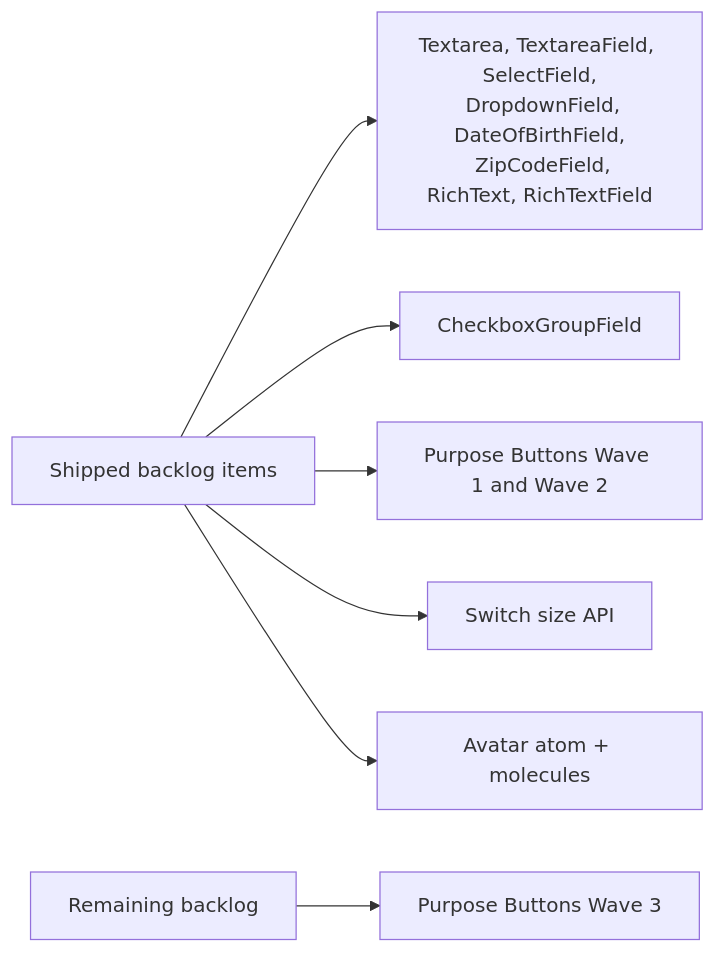
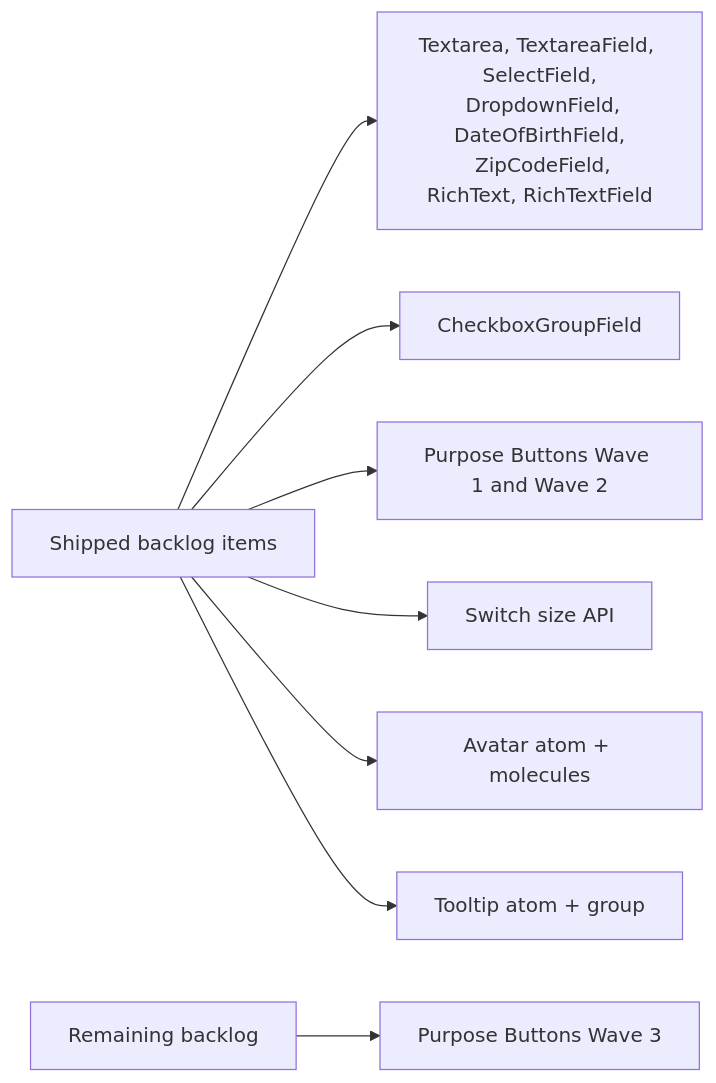
Before and after one commit to niklas-westman/marwes: the first of 2 diagrams in docs/planning/component-backlog.md, drawn with Mermaid. The commit also changed other lines of this file and 35 other files, not shown here.

````diff
--- a/docs/planning/component-backlog.md
+++ b/docs/planning/component-backlog.md
@@ -9,15 +9,16 @@
 ```mermaid
 flowchart LR
   Done[Shipped backlog items]
   Remaining[Remaining backlog]
 
   Done --> Inputs[Textarea, TextareaField, SelectField,
   DropdownField, DateOfBirthField,
   ZipCodeField, RichText, RichTextField]
   Done --> Fields[CheckboxGroupField]
   Done --> Buttons[Purpose Buttons Wave 1 and Wave 2]
   Done --> Switches[Switch size API]
   Done --> Avatar[Avatar atom + molecules]
+  Done --> Tooltip[Tooltip atom + group]
 
   Remaining --> Wave3[Purpose Buttons Wave 3]
 ```
````
